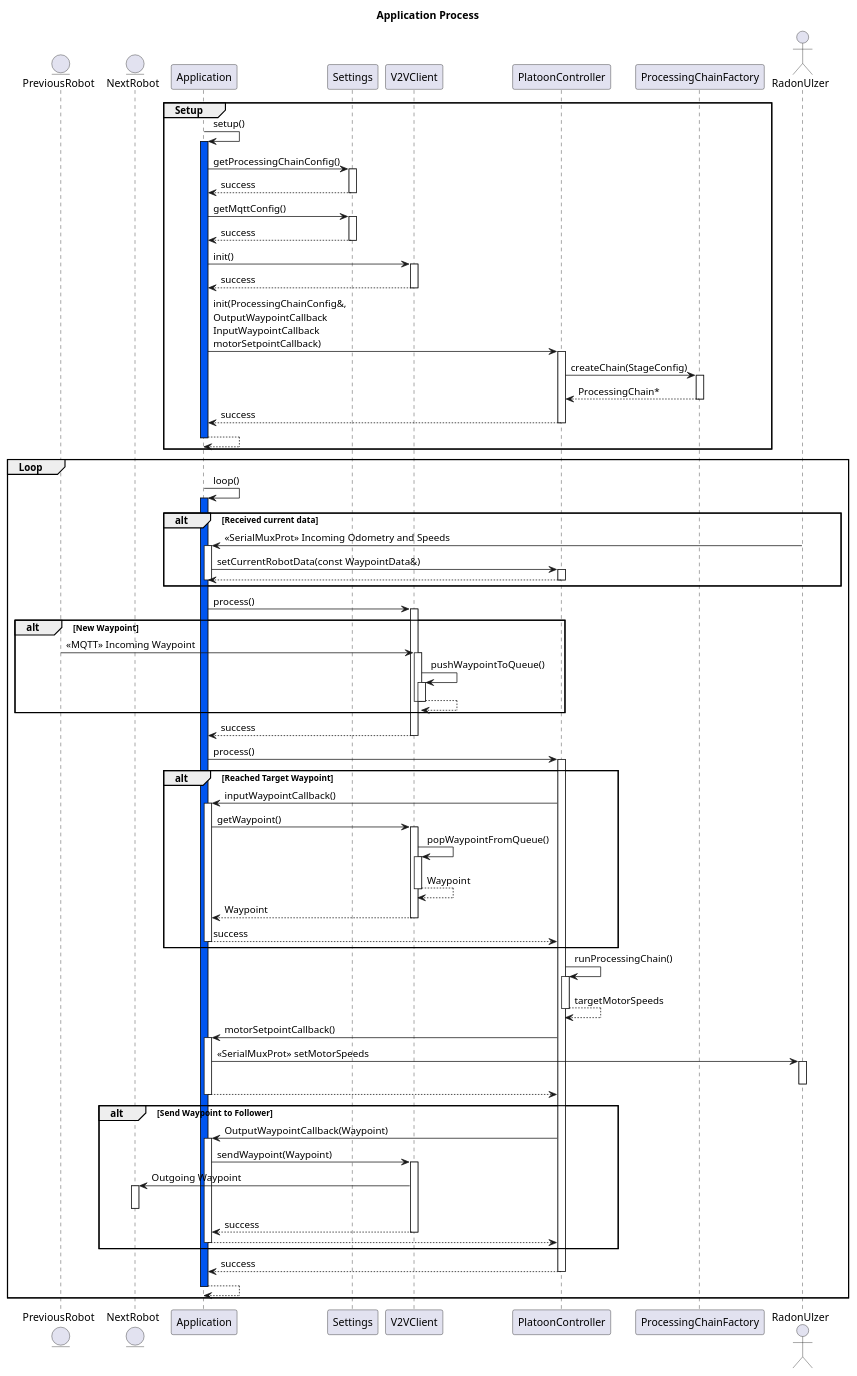
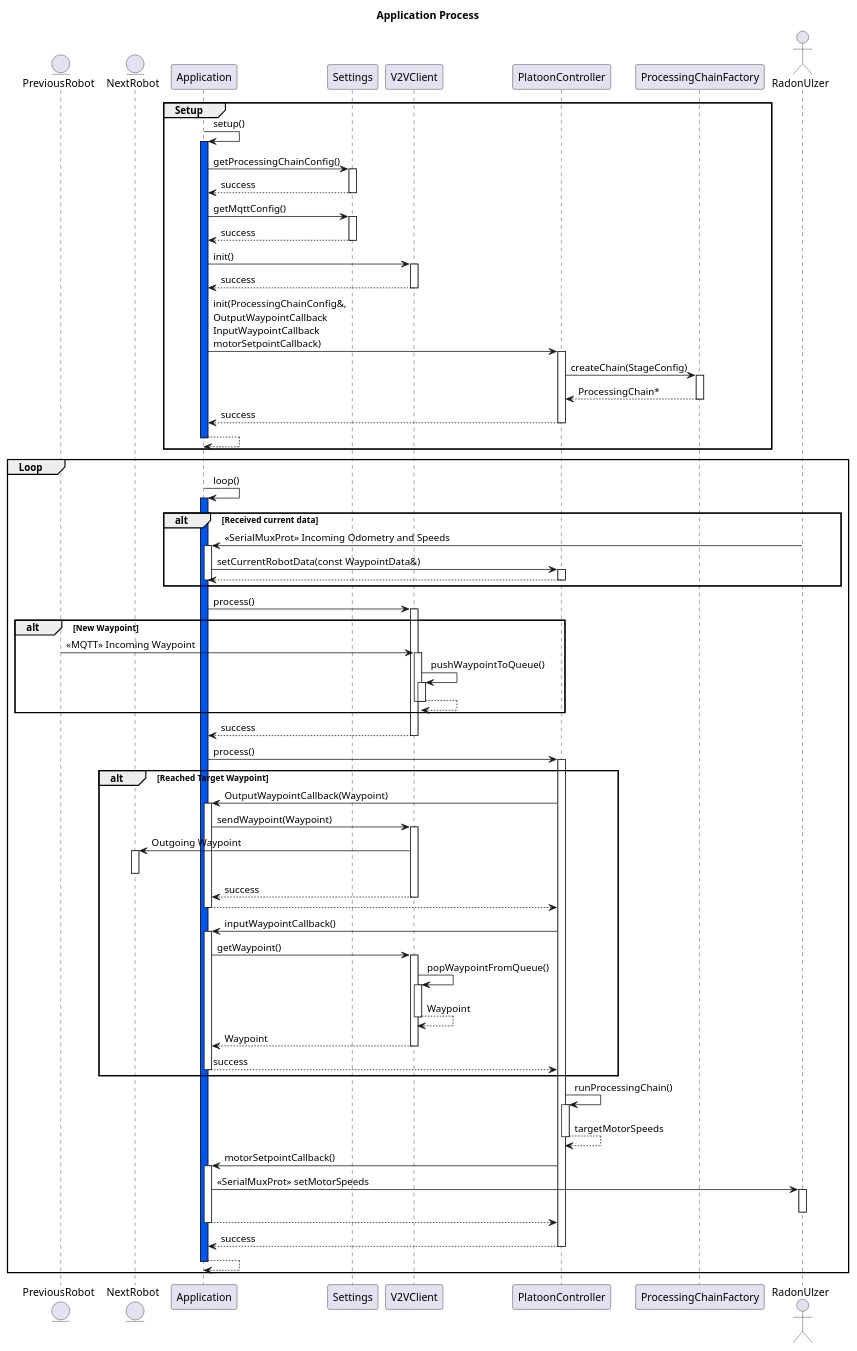
Before and after one commit to BlueAndi/DroidControlShip: the diagram in doc/architecture/uml/ProcessView/PlatoonController/Application.puml, drawn with PlantUML. The commit also changed 3 other files, not shown here.

```diff
--- a/doc/architecture/uml/ProcessView/PlatoonController/Application.puml
+++ b/doc/architecture/uml/ProcessView/PlatoonController/Application.puml
@@ -1,84 +1,83 @@
 @startuml ApplicationProcess
 
 autoactivate on
 
 title Application Process
 
 entity "PreviousRobot" as prev
 entity "NextRobot" as next
 participant "Application" as app
 participant "Settings" as settings
 participant "V2VClient" as v2v
 participant "PlatoonController" as platCtrl
 participant "ProcessingChainFactory" as factory
 actor "RadonUlzer" as radonUlzer
 
 group Setup
     app -> app #0055F0: setup()
         app -> settings: getProcessingChainConfig()
         return success
 
         app -> settings: getMqttConfig()
         return success
 
         app -> v2v : init()
         return success
 
         app -> platCtrl: init(ProcessingChainConfig&,\nOutputWaypointCallback\nInputWaypointCallback\nmotorSetpointCallback)
             platCtrl -> factory: createChain(StageConfig)
             return ProcessingChain*
         return success
     return 
 end
 
 group Loop
     app -> app #0055F0: loop()
 
         alt Received current data
             radonUlzer -> app : <<SerialMuxProt>> Incoming Odometry and Speeds
                 app -> platCtrl: setCurrentRobotData(const WaypointData&)
                 return
             deactivate
         end
 
         app -> v2v : process()
             alt New Waypoint
                 prev -> v2v : <<MQTT>> Incoming Waypoint
                     v2v -> v2v : pushWaypointToQueue()
                     return
                 deactivate
             end
         return success
 
         app -> platCtrl: process()
 
             alt Reached Target Waypoint
+                platCtrl -> app : OutputWaypointCallback(Waypoint)
+                    app -> v2v : sendWaypoint(Waypoint)
+                        v2v -> next : Outgoing Waypoint
+                        deactivate
+                    return success
+                return
+
                 platCtrl -> app: inputWaypointCallback()
                     app -> v2v : getWaypoint()
                         v2v -> v2v : popWaypointFromQueue()
                         return Waypoint
                     return Waypoint
                 return success
             end
 
             platCtrl -> platCtrl: runProcessingChain()
             return targetMotorSpeeds
 
             platCtrl -> app: motorSetpointCallback()
                 app -> radonUlzer: <<SerialMuxProt>> setMotorSpeeds
                 deactivate
             return
-        
-            alt Send Waypoint to Follower
-                platCtrl -> app : OutputWaypointCallback(Waypoint)
-                    app -> v2v : sendWaypoint(Waypoint)
-                        v2v -> next : Outgoing Waypoint
-                        deactivate
-                    return success
-                return
-            end
+
         return success
     return
 end
 
 @enduml
```
